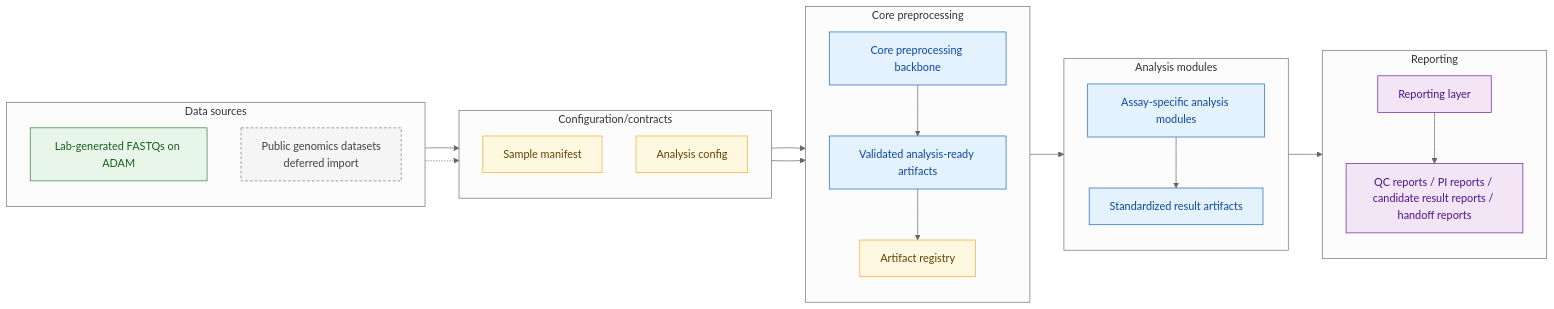
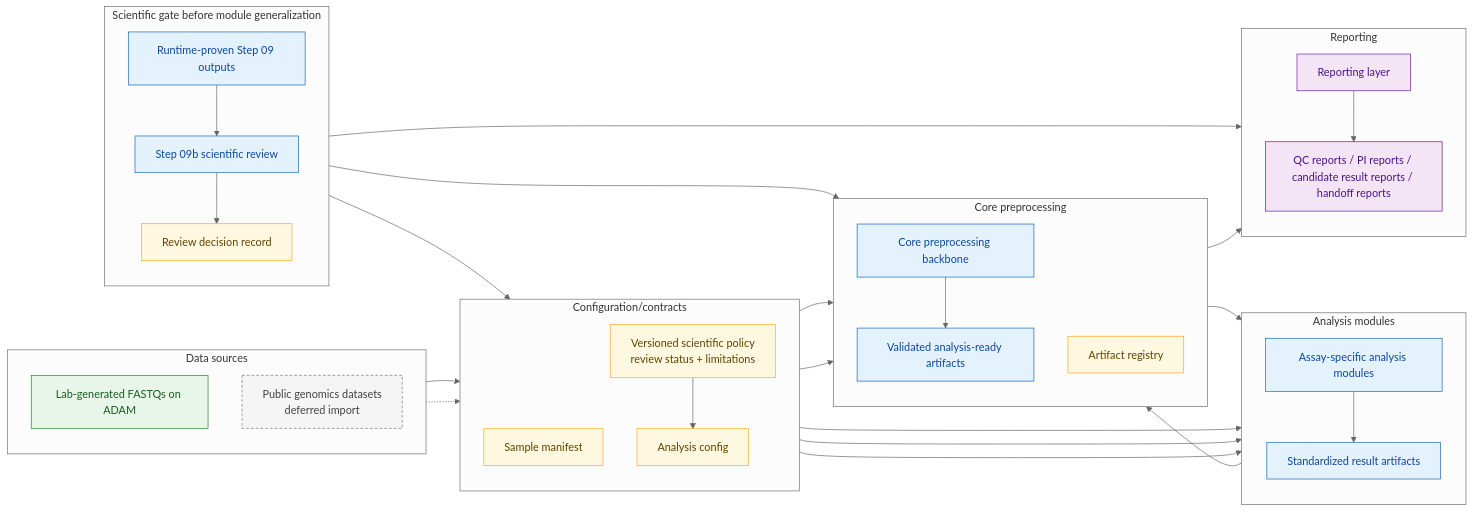
Before and after one commit to lab-cats/EMRYS: the second of 4 diagrams in docs/architecture/FUTURE_ARCHITECTURE.md, drawn with Mermaid (neutral theme). The commit also changed other lines of this file and 18 other files, not shown here.

Commit message:
step 09a roadmap docpatch

````diff
--- a/docs/architecture/FUTURE_ARCHITECTURE.md
+++ b/docs/architecture/FUTURE_ARCHITECTURE.md
@@ -23,53 +70,68 @@
 ```mermaid
 flowchart LR
     classDef current fill:#e8f5e9,stroke:#2e7d32,color:#1b5e20
     classDef future fill:#e3f2fd,stroke:#1565c0,color:#0d47a1
     classDef deferred fill:#f5f5f5,stroke:#757575,color:#424242,stroke-dasharray:4 3
     classDef contract fill:#fff8e1,stroke:#f9a825,color:#5f4300
     classDef reporting fill:#f3e5f5,stroke:#6a1b9a,color:#4a148c
 
     subgraph sources["Data sources"]
         direction TB
         lab["Lab-generated FASTQs on ADAM"]
         public["Public genomics datasets<br/>deferred import"]
     end
 
     subgraph contracts["Configuration/contracts"]
         direction TB
         manifest["Sample manifest"]
         config["Analysis config"]
+        policy_record["Versioned scientific policy<br/>review status + limitations"]
     end
 
     subgraph core["Core preprocessing"]
         direction TB
         backbone["Core preprocessing backbone"]
         ready["Validated analysis-ready artifacts"]
         registry["Artifact registry"]
     end
 
     subgraph modules["Analysis modules"]
         direction TB
         assays["Assay-specific analysis modules"]
         results["Standardized result artifacts"]
     end
 
+    subgraph science["Scientific gate before module generalization"]
+        direction TB
+        proven09["Runtime-proven Step 09 outputs"]
+        science_review["Step 09b scientific review"]
+        decision_record["Review decision record"]
+    end
+
     subgraph reports["Reporting"]
         direction TB
         report_layer["Reporting layer"]
         outputs["QC reports / PI reports / candidate result reports / handoff reports"]
     end
 
     lab --> manifest
     public -.-> manifest
     manifest --> backbone
     config --> backbone
-    backbone --> ready --> registry --> assays --> results --> report_layer --> outputs
+    manifest --> assays
+    config --> assays
+    policy_record --> config
+    policy_record --> assays
+    backbone --> ready --> assays --> results --> registry --> report_layer --> outputs
+    proven09 --> science_review --> decision_record --> policy_record
+    proven09 --> registry
+    decision_record --> report_layer
 
     class lab current
     class public deferred
-    class manifest,config contract
+    class manifest,config,policy_record,decision_record contract
     class backbone,ready future
     class registry contract
-    class assays,results future
+    class assays,results,proven09,science_review future
     class report_layer,outputs reporting
 ```
````
